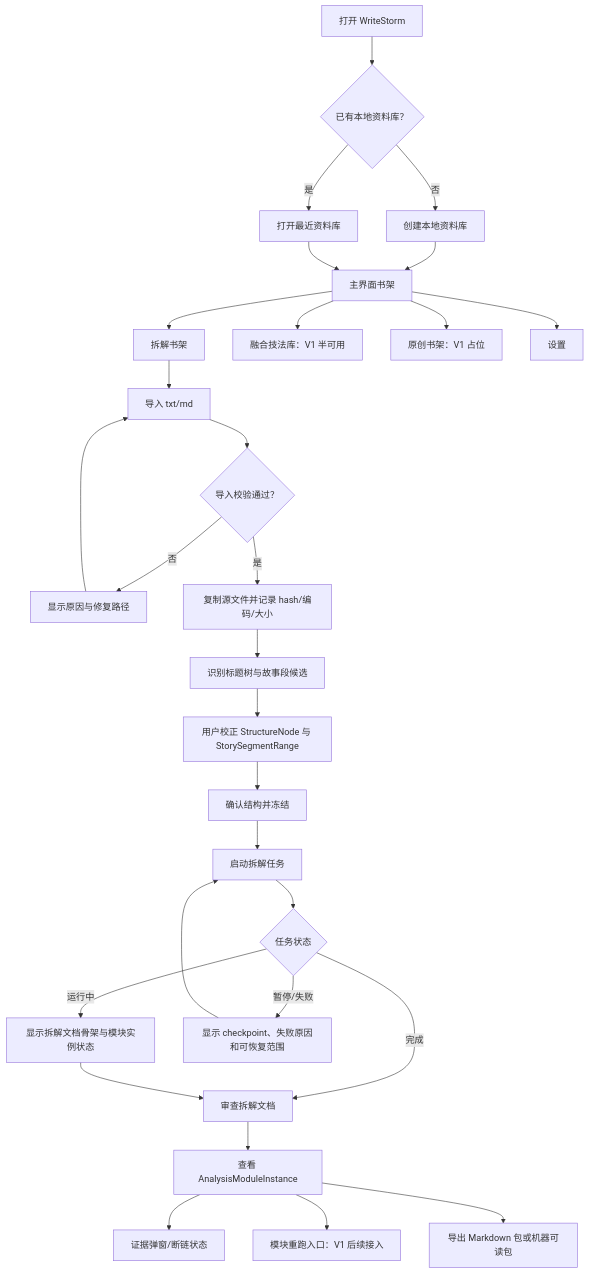
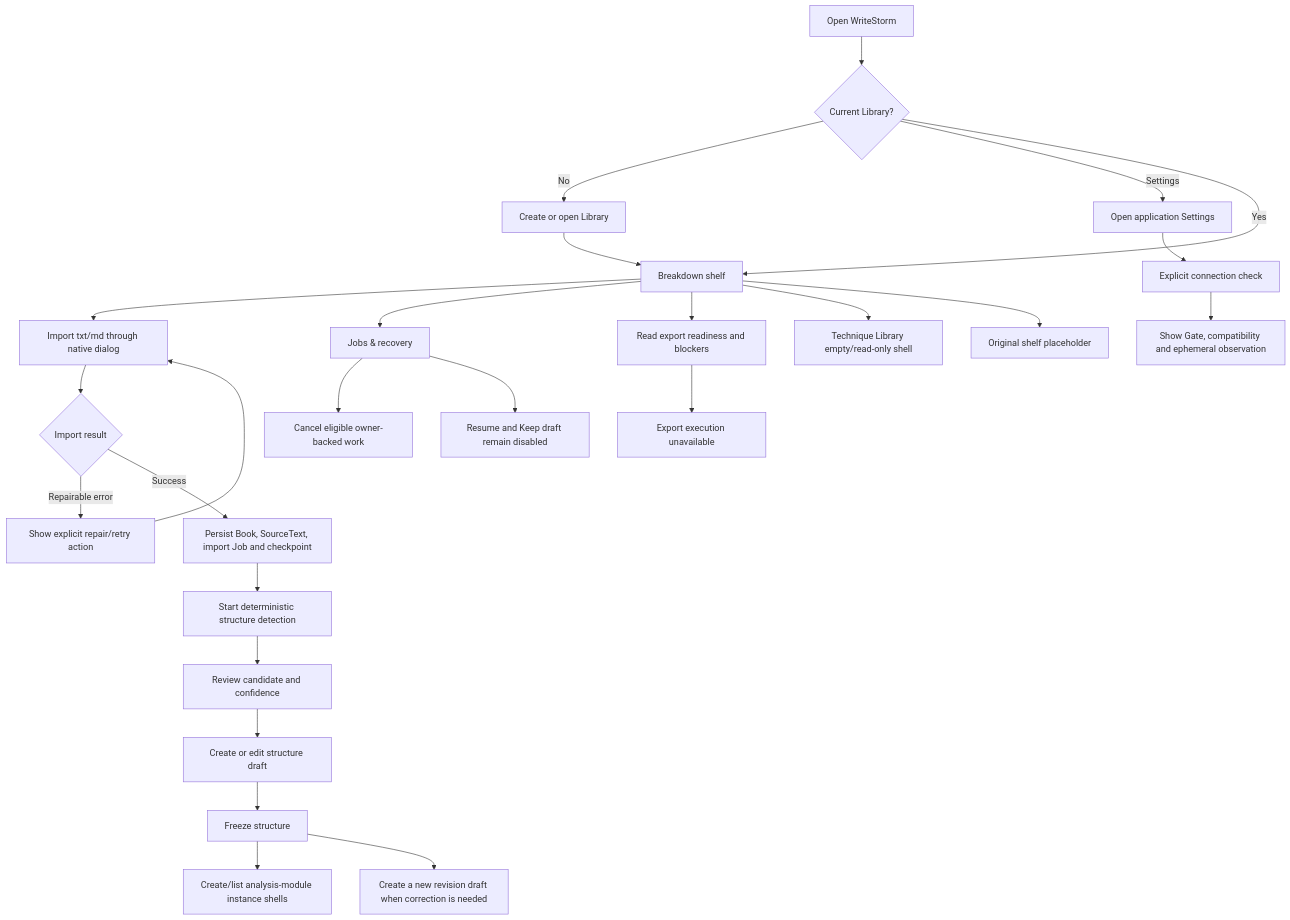
One commit to Orenjiyuro/WriteStorm changed the diagram in docs/product/FLOWS.md. Above: the diagram before and after it, drawn with Mermaid. The commit also changed other lines of this file and 30 other files, not shown here.

````diff
--- a/docs/product/FLOWS.md
+++ b/docs/product/FLOWS.md
@@ -15,37 +24,33 @@
 ```mermaid
 flowchart TD
-  Start["打开 WriteStorm"] --> LibraryGate{"已有本地资料库？"}
-  LibraryGate -->|否| CreateLibrary["创建本地资料库"]
-  LibraryGate -->|是| OpenLibrary["打开最近资料库"]
-  CreateLibrary --> Home["主界面书架"]
-  OpenLibrary --> Home
+  Start["Open WriteStorm"] --> LibraryGate{"Current Library?"}
+  LibraryGate -->|No| NoLibrary["Create or open Library"]
+  LibraryGate -->|Settings| Settings["Open application Settings"]
+  NoLibrary --> Breakdown["Breakdown shelf"]
+  LibraryGate -->|Yes| Breakdown
 
-  Home --> BreakdownShelf["拆解书架"]
-  Home --> TechniqueLibrary["融合技法库：V1 半可用"]
-  Home --> OriginalShelf["原创书架：V1 占位"]
-  Home --> Settings["设置"]
+  Breakdown --> Import["Import txt/md through native dialog"]
+  Import --> ImportResult{"Import result"}
+  ImportResult -->|Repairable error| Repair["Show explicit repair/retry action"]
+  Repair --> Import
+  ImportResult -->|Success| Book["Persist Book, SourceText, import Job and checkpoint"]
 
-  BreakdownShelf --> ImportFile["导入 txt/md"]
-  ImportFile --> ImportValidate{"导入校验通过？"}
-  ImportValidate -->|否| ImportError["显示原因与修复路径"]
-  ImportError --> ImportFile
-  ImportValidate -->|是| SourceCopy["复制源文件并记录 hash/编码/大小"]
+  Book --> Detect["Start deterministic structure detection"]
+  Detect --> Candidate["Review candidate and confidence"]
+  Candidate --> Draft["Create or edit structure draft"]
+  Draft --> Freeze["Freeze structure"]
+  Freeze --> ModuleShells["Create/list analysis-module instance shells"]
+  Freeze --> Unfreeze["Create a new revision draft when correction is needed"]
 
-  SourceCopy --> StructureDetect["识别标题树与故事段候选"]
-  StructureDetect --> StructureReview["用户校正 StructureNode 与 StorySegmentRange"]
-  StructureReview --> StructureFreeze["确认结构并冻结"]
+  Breakdown --> Jobs["Jobs & recovery"]
+  Jobs --> Cancel["Cancel eligible owner-backed work"]
+  Jobs --> DisabledRecovery["Resume and Keep draft remain disabled"]
 
-  StructureFreeze --> JobStart["启动拆解任务"]
+  Breakdown --> ExportStatus["Read export readiness and blockers"]
+  ExportStatus --> ExportDisabled["Export execution unavailable"]
 
-  JobStart --> JobState{"任务状态"}
-  JobState -->|运行中| WorkbenchShell["显示拆解文档骨架与模块实例状态"]
-  JobState -->|暂停/失败| ResumePanel["显示 checkpoint、失败原因和可恢复范围"]
-  ResumePanel --> JobStart
-  JobState -->|完成| ReviewWorkbench["审查拆解文档"]
-
-  WorkbenchShell --> ReviewWorkbench
-  ReviewWorkbench --> ModuleInstance["查看 AnalysisModuleInstance"]
-  ModuleInstance --> EvidencePanel["证据弹窗/断链状态"]
-  ModuleInstance --> RerunPlaceholder["模块重跑入口：V1 后续接入"]
-  ModuleInstance --> Export["导出 Markdown 包或机器可读包"]
+  Breakdown --> Technique["Technique Library empty/read-only shell"]
+  Breakdown --> Original["Original shelf placeholder"]
+  Settings --> ConnectionCheck["Explicit connection check"]
+  ConnectionCheck --> Observation["Show Gate, compatibility and ephemeral observation"]
 ```
````
